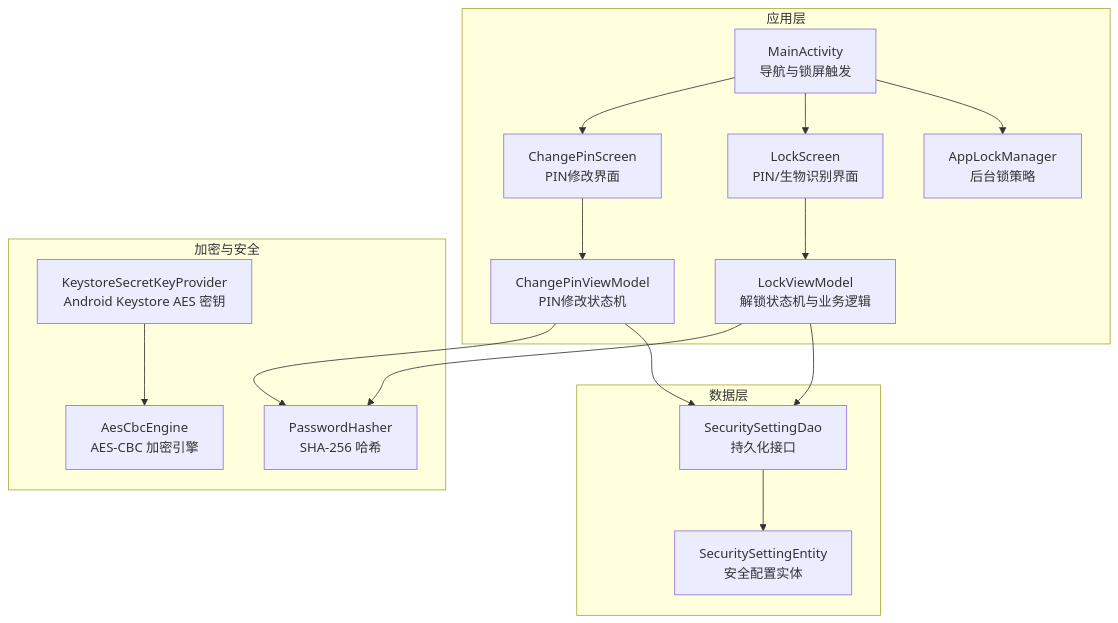
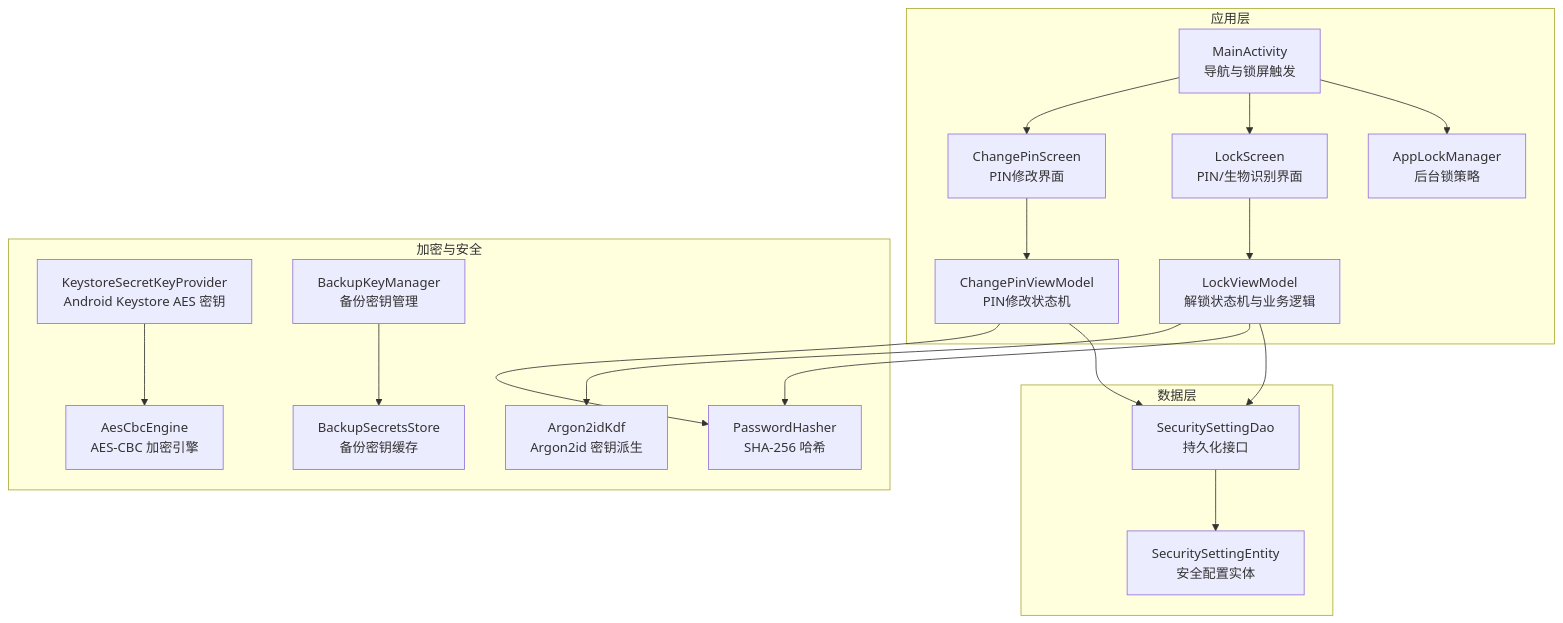
Before and after one commit to wanhongbo/ai-photo-vault: the first of 11 diagrams in .qoder/repowiki/zh/content/项目概述/核心功能特性/安全解锁系统.md, drawn with Mermaid. The commit also changed other lines of this file and 22 other files, not shown here.

````diff
--- a/.qoder/repowiki/zh/content/项目概述/核心功能特性/安全解锁系统.md
+++ b/.qoder/repowiki/zh/content/项目概述/核心功能特性/安全解锁系统.md
@@ -52,31 +56,36 @@
 ```mermaid
 graph TB
 subgraph "应用层"
 A["MainActivity<br/>导航与锁屏触发"]
 B["AppLockManager<br/>后台锁策略"]
 C["LockScreen<br/>PIN/生物识别界面"]
 D["LockViewModel<br/>解锁状态机与业务逻辑"]
 E["ChangePinScreen<br/>PIN修改界面"]
 F["ChangePinViewModel<br/>PIN修改状态机"]
 end
 subgraph "数据层"
 G["SecuritySettingEntity<br/>安全配置实体"]
 H["SecuritySettingDao<br/>持久化接口"]
 end
 subgraph "加密与安全"
 I["PasswordHasher<br/>SHA-256 哈希"]
 J["KeystoreSecretKeyProvider<br/>Android Keystore AES 密钥"]
 K["AesCbcEngine<br/>AES-CBC 加密引擎"]
+L["Argon2idKdf<br/>Argon2id 密钥派生"]
+M["BackupKeyManager<br/>备份密钥管理"]
+N["BackupSecretsStore<br/>备份密钥缓存"]
 end
 A --> B
 A --> C
 A --> E
 C --> D
 E --> F
 D --> H
 F --> H
 H --> G
 D --> I
 F --> I
 J --> K
+D --> L
+M --> N
 ```
````
